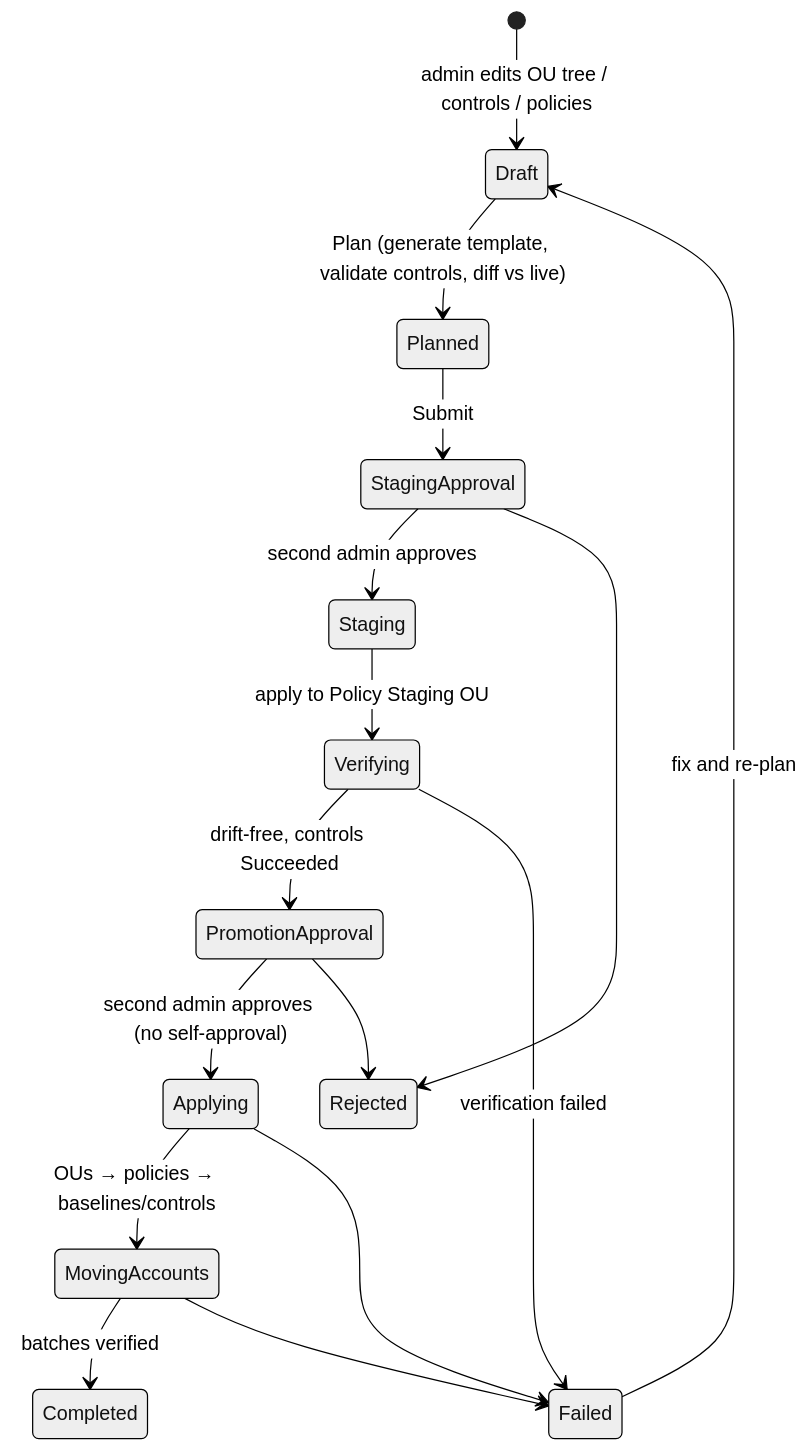
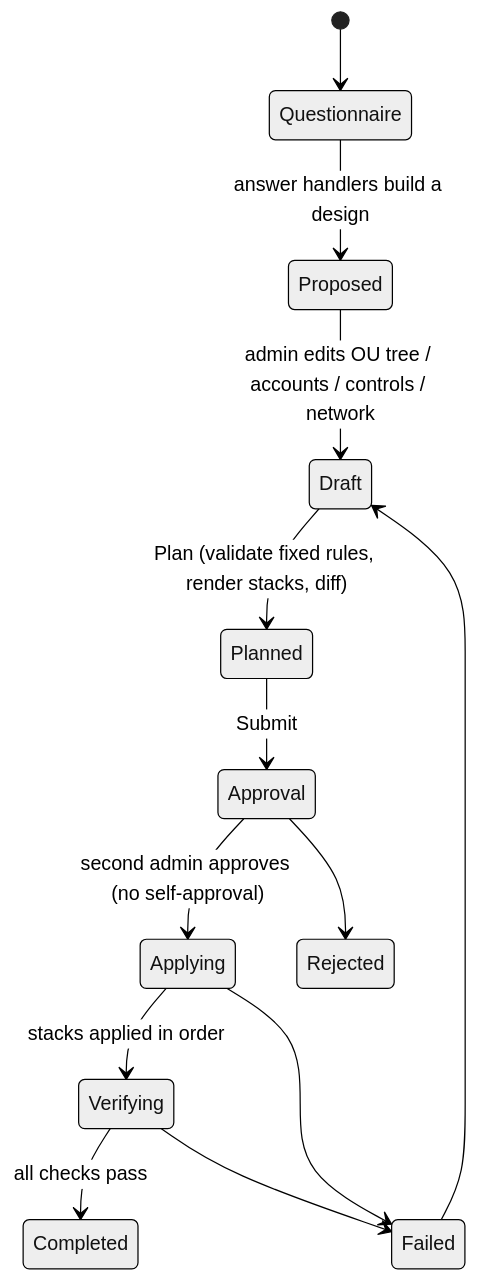
Diagram 35 of 35 in docs/ARCHITECTURE.md (kulveersingh/CloudInfraAutomation), drawn with Mermaid (neutral theme) before and after one commit. The commit also changed other lines of this file and 1 other file, not shown here.

Commit message:
Revise landing zone design: questionnaire, fixed isolated environment OUs, hub-and-spoke network

````diff
--- a/docs/ARCHITECTURE.md
+++ b/docs/ARCHITECTURE.md
@@ -2721,18 +2740,15 @@
 ```mermaid
 stateDiagram-v2
-  [*] --> Draft: admin edits OU tree / controls / policies
-  Draft --> Planned: Plan (generate template, validate controls, diff vs live)
-  Planned --> StagingApproval: Submit
-  StagingApproval --> Staging: second admin approves
-  Staging --> Verifying: apply to Policy Staging OU
-  Verifying --> PromotionApproval: drift-free, controls Succeeded
-  Verifying --> Failed: verification failed
-  PromotionApproval --> Applying: second admin approves (no self-approval)
-  Applying --> MovingAccounts: OUs → policies → baselines/controls
-  MovingAccounts --> Completed: batches verified
+  [*] --> Questionnaire
+  Questionnaire --> Proposed: answer handlers build a design
+  Proposed --> Draft: admin edits OU tree / accounts / controls / network
+  Draft --> Planned: Plan (validate fixed rules, render stacks, diff)
+  Planned --> Approval: Submit
+  Approval --> Applying: second admin approves (no self-approval)
+  Approval --> Rejected
+  Applying --> Verifying: stacks applied in order
+  Verifying --> Completed: all checks pass
   Applying --> Failed
-  MovingAccounts --> Failed
-  Failed --> Draft: fix and re-plan
-  StagingApproval --> Rejected
-  PromotionApproval --> Rejected
+  Verifying --> Failed
+  Failed --> Draft
 ```
````
